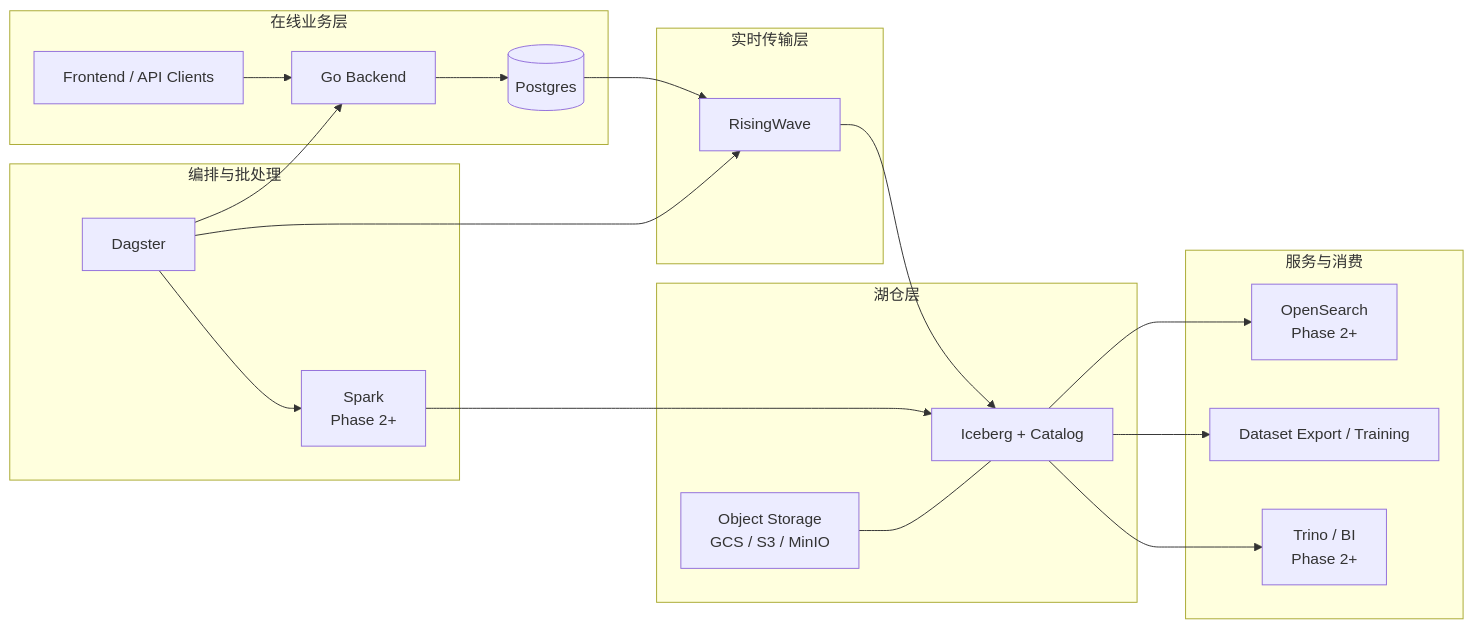
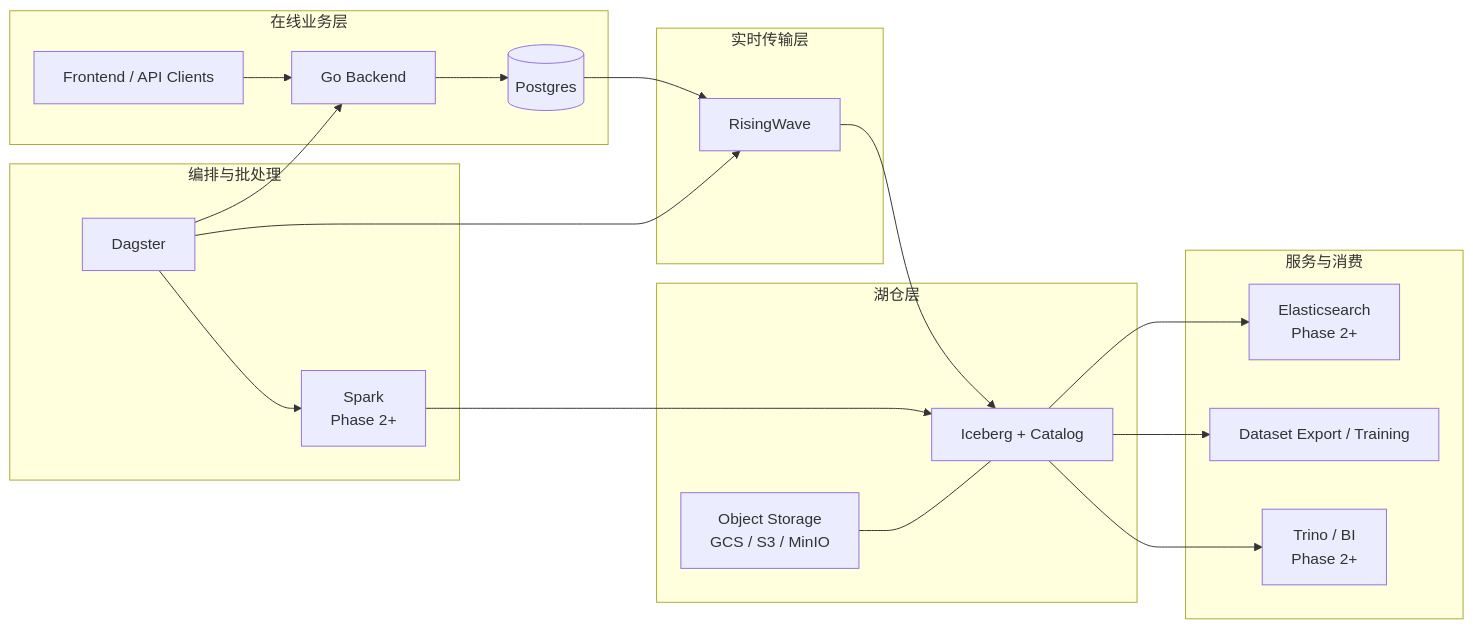
One commit to rouse2617/Databricks4robot changed the diagram in docs/postgres-risingwave-iceberg-architecture.md. Above: the diagram before and after it, drawn with Mermaid. The commit also changed other lines of this file and 33 other files, not shown here.

````diff
--- a/docs/postgres-risingwave-iceberg-architecture.md
+++ b/docs/postgres-risingwave-iceberg-architecture.md
@@ -130,39 +130,39 @@
 ```mermaid
 flowchart LR
     subgraph App[在线业务层]
         UI[Frontend / API Clients]
         API[Go Backend]
         PG[(Postgres)]
     end
 
     subgraph Stream[实时传输层]
         RW[RisingWave]
     end
 
     subgraph Lake[湖仓层]
         OBJ[Object Storage<br/>GCS / S3 / MinIO]
         ICE[Iceberg + Catalog]
     end
 
     subgraph Orchestration[编排与批处理]
         DAG[Dagster]
         SPARK[Spark<br/>Phase 2+]
     end
 
     subgraph Serving[服务与消费]
-        SEARCH[OpenSearch<br/>Phase 2+]
+        SEARCH[Elasticsearch<br/>Phase 2+]
         TRAIN[Dataset Export / Training]
         BI[Trino / BI<br/>Phase 2+]
     end
 
     UI --> API --> PG
     PG --> RW --> ICE
     ICE --> TRAIN
     ICE --> SEARCH
     ICE --> BI
     DAG --> API
     DAG --> RW
     DAG --> SPARK
     SPARK --> ICE
     OBJ --- ICE
 ```
````
